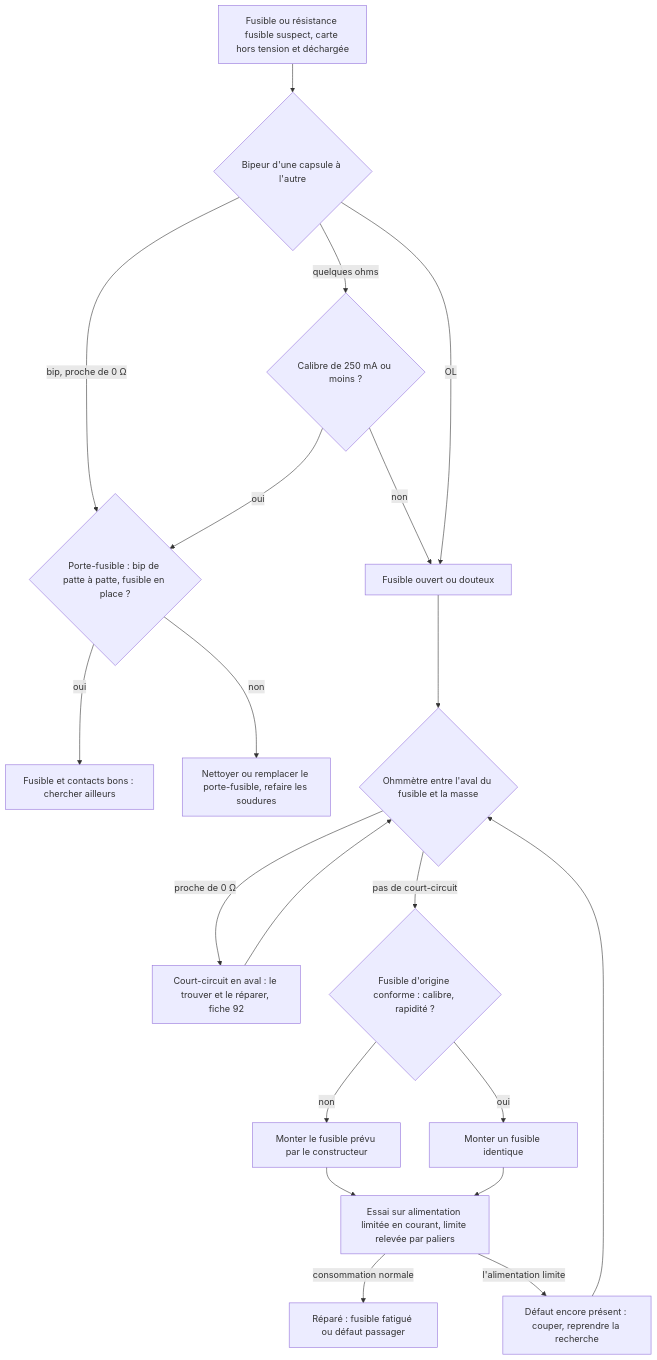
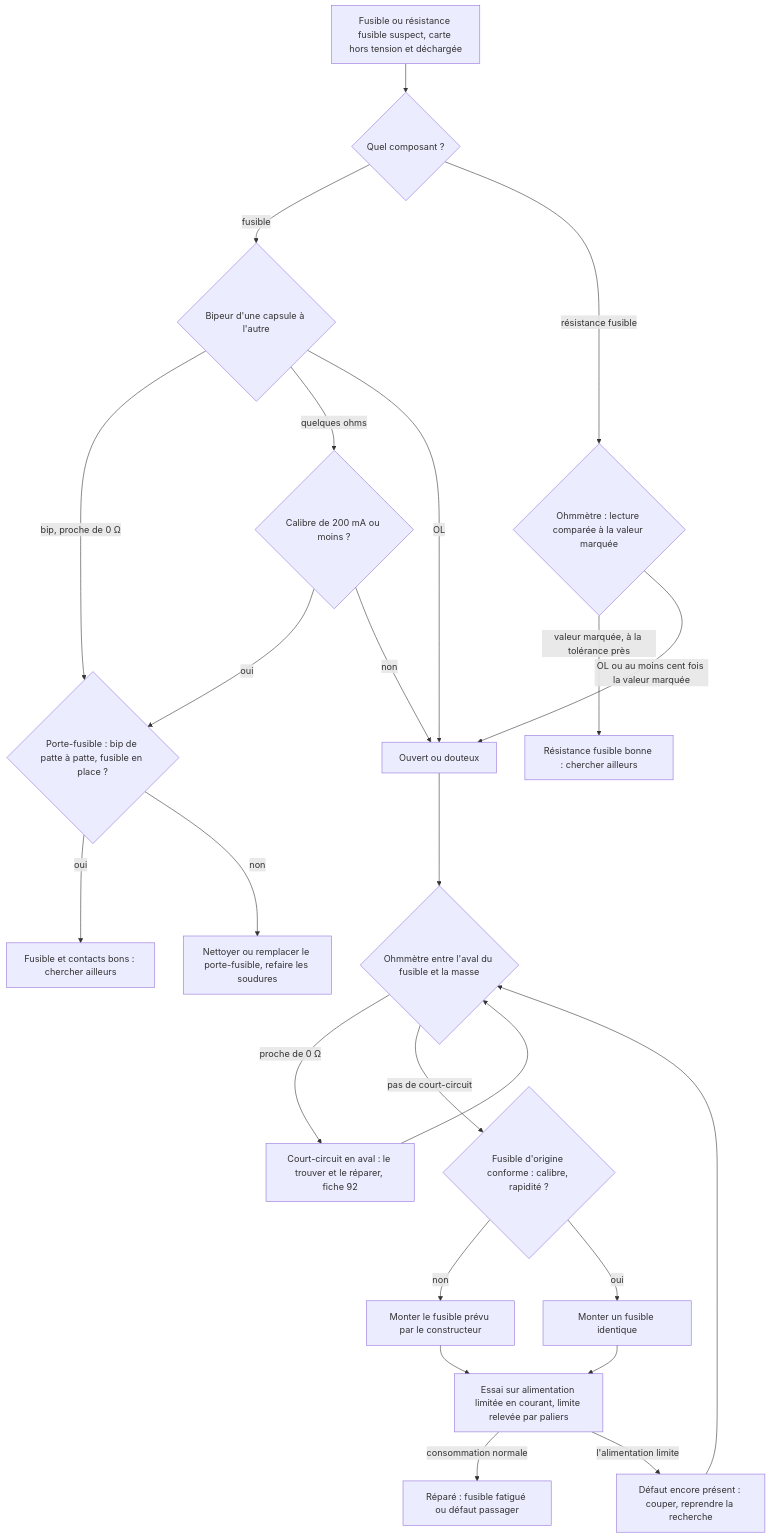
The diagram in troubleshooting/13_fusible/README.md (benoit-bremaud/ohm-sweet-ohm), drawn with Mermaid before and after one commit. The commit also changed other lines of this file and 14 other files, not shown here.

````diff
--- a/troubleshooting/13_fusible/README.md
+++ b/troubleshooting/13_fusible/README.md
@@ -180,22 +182,26 @@
 ```mermaid
 flowchart TD
-  A[Fusible ou résistance fusible suspect, carte hors tension et déchargée] --> B{Bipeur d'une capsule à l'autre}
+  A[Fusible ou résistance fusible suspect, carte hors tension et déchargée] --> T{Quel composant ?}
+  T -- fusible --> B{Bipeur d'une capsule à l'autre}
+  T -- résistance fusible --> U{Ohmmètre : lecture comparée à la valeur marquée}
+  U -- valeur marquée, à la tolérance près --> V[Résistance fusible bonne : chercher ailleurs]
+  U -- OL ou au moins cent fois la valeur marquée --> G
   B -- bip, proche de 0 Ω --> C{Porte-fusible : bip de patte à patte, fusible en place ?}
   C -- oui --> D[Fusible et contacts bons : chercher ailleurs]
   C -- non --> E[Nettoyer ou remplacer le porte-fusible, refaire les soudures]
-  B -- quelques ohms --> F{Calibre de 250 mA ou moins ?}
+  B -- quelques ohms --> F{Calibre de 200 mA ou moins ?}
   F -- oui --> C
-  F -- non --> G[Fusible ouvert ou douteux]
+  F -- non --> G[Ouvert ou douteux]
   B -- OL --> G
   G --> H{Ohmmètre entre l'aval du fusible et la masse}
   H -- proche de 0 Ω --> I[Court-circuit en aval : le trouver et le réparer, fiche 92]
   I --> H
   H -- pas de court-circuit --> J{Fusible d'origine conforme : calibre, rapidité ?}
   J -- non --> K[Monter le fusible prévu par le constructeur]
   J -- oui --> L[Monter un fusible identique]
   K --> M[Essai sur alimentation limitée en courant, limite relevée par paliers]
   L --> M
   M -- consommation normale --> N[Réparé : fusible fatigué ou défaut passager]
   M -- l'alimentation limite --> O[Défaut encore présent : couper, reprendre la recherche]
   O --> H
 ```
````
